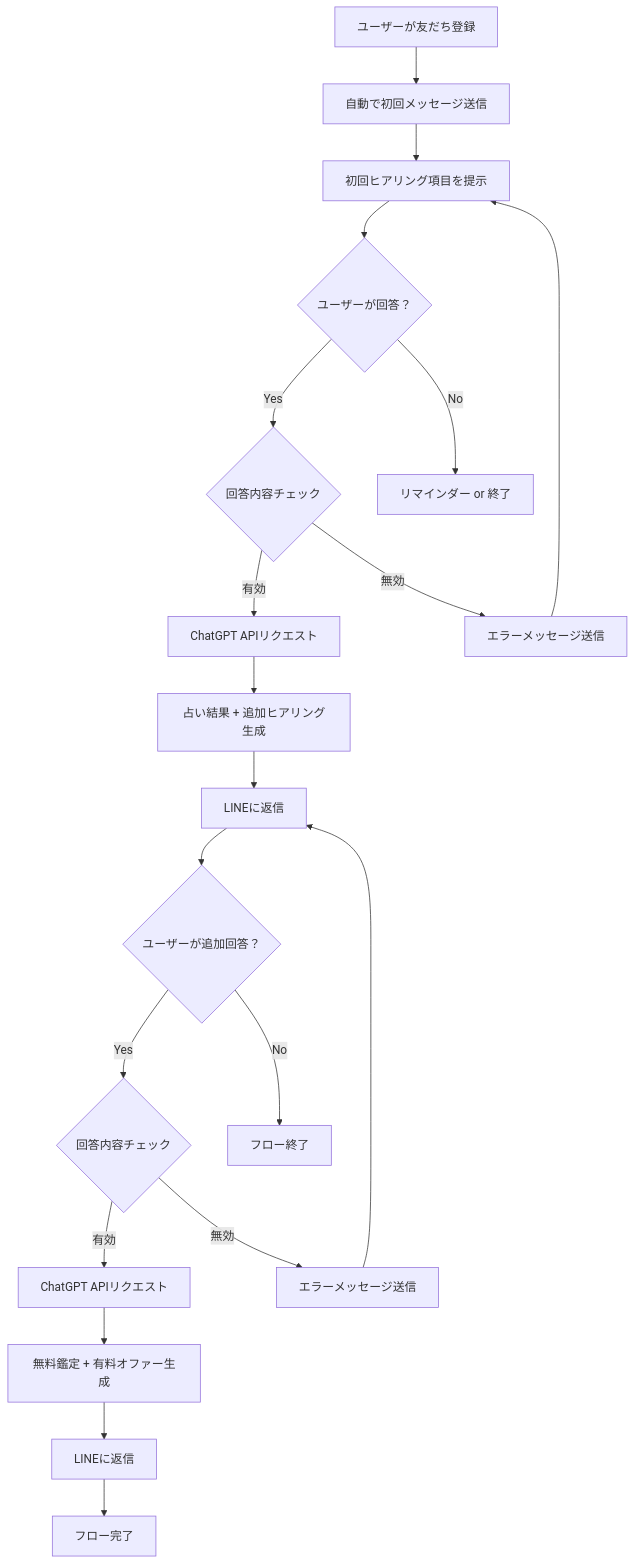
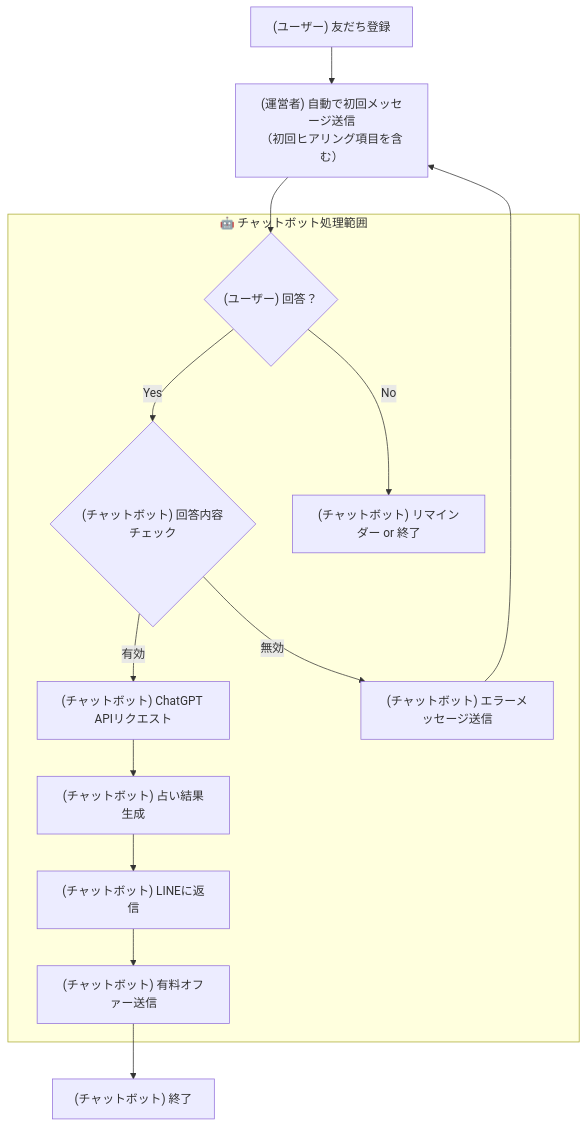
The diagram in README.md (tanaka-takuto/tsukasa), drawn with Mermaid before and after one commit. The commit also changed other lines of this file, not shown here.

Commit message:
docs: フロー設計を更新し、チャットボット範囲を明確化
- 基本フローを第1回占い結果生成後に有料オファー送信するよう修正
- 詳細ヒアリングを削除し、チャットボットのスコープを明確化
- フローチャートにsubgraphとプレフィックスを追加し、責任分担を明確化
- ユーザー状態定義を新しいフローに合わせて更新

````diff
--- a/README.md
+++ b/README.md
@@ -49,22 +47,16 @@
 ```mermaid
 graph TD
-    A[ユーザーが友だち登録] --> B[自動で初回メッセージ送信]
-    B --> C[初回ヒアリング項目を提示]
-    C --> D{ユーザーが回答？}
-    D -->|Yes| E{回答内容チェック}
-    D -->|No| F[リマインダー or 終了]
-    E -->|有効| G[ChatGPT APIリクエスト]
-    E -->|無効| H[エラーメッセージ送信]
-    H --> C
-    G --> I[占い結果 + 追加ヒアリング生成]
-    I --> J[LINEに返信]
-    J --> K{ユーザーが追加回答？}
-    K -->|Yes| L{回答内容チェック}
-    K -->|No| M[フロー終了]
-    L -->|有効| N[ChatGPT APIリクエスト]
-    L -->|無効| O[エラーメッセージ送信]
-    O --> J
-    N --> P[無料鑑定 + 有料オファー生成]
-    P --> Q[LINEに返信]
-    Q --> R[フロー完了]
+   A["(ユーザー) 友だち登録"] --> B["(運営者) 自動で初回メッセージ送信<br/>（初回ヒアリング項目を含む）"]
+   B --> C{"(ユーザー) 回答？"}
+   G --> B      
+   subgraph チャットボット["🤖 チャットボット処理範囲"]
+      C -->|Yes| D{"(チャットボット) 回答内容チェック"}
+      C -->|No| E["(チャットボット) リマインダー or 終了"]
+      D -->|有効| F["(チャットボット) ChatGPT APIリクエスト"]
+      D -->|無効| G["(チャットボット) エラーメッセージ送信"]
+      F --> H["(チャットボット) 占い結果生成"]
+      H --> I["(チャットボット) LINEに返信"]
+      I --> J["(チャットボット) 有料オファー送信"]
+   end       
+   J --> K["(チャットボット) 終了"]
 ```
````
